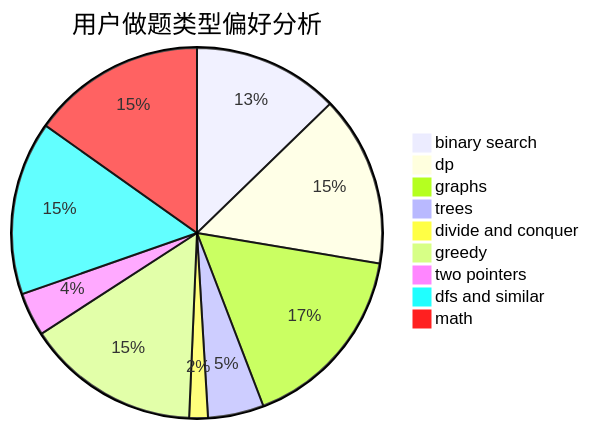
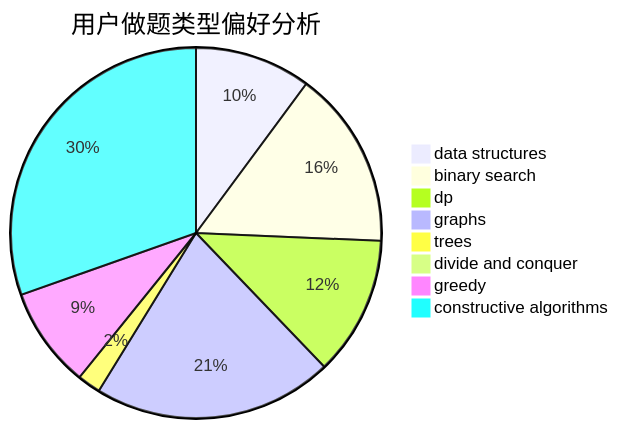
One commit to sherpahu/cfrs.github.io changed the second of 3 diagrams in docs/user/u1368.md. Above: the diagram before and after it, drawn with Mermaid. The commit also changed other lines of this file and 2775 other files, not shown here.

````diff
--- a/docs/user/u1368.md
+++ b/docs/user/u1368.md
@@ -23,12 +23,11 @@
 ```mermaid
 pie title 用户做题类型偏好分析
-    "binary search" :  47
-    "dp" :  55
-    "graphs" :  61
-    "trees" :  18
-    "divide and conquer" :  6
-    "greedy" :  56
-    "two pointers" :  14
-    "dfs and similar" :  56
-    "math" :  56
+    "data structures" :  15
+    "binary search" :  23
+    "dp" :  18
+    "graphs" :  31
+    "trees" :  3
+    "divide and conquer" :  0
+    "greedy" :  13
+    "constructive algorithms" :  45
 ```
````
